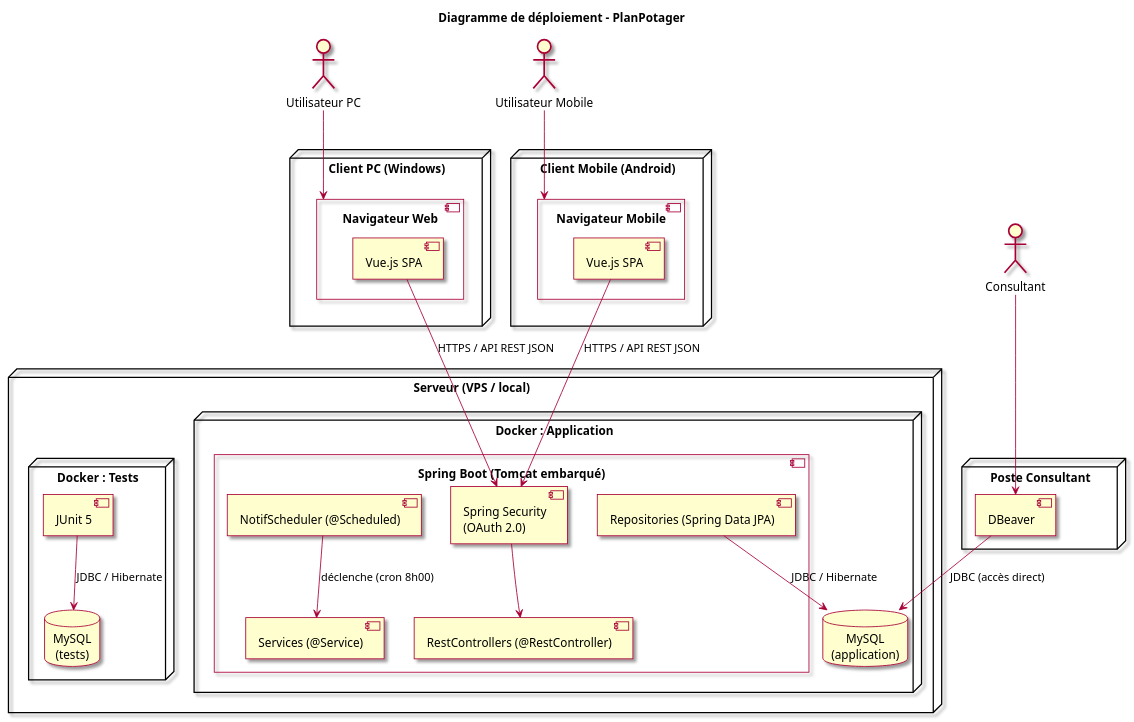
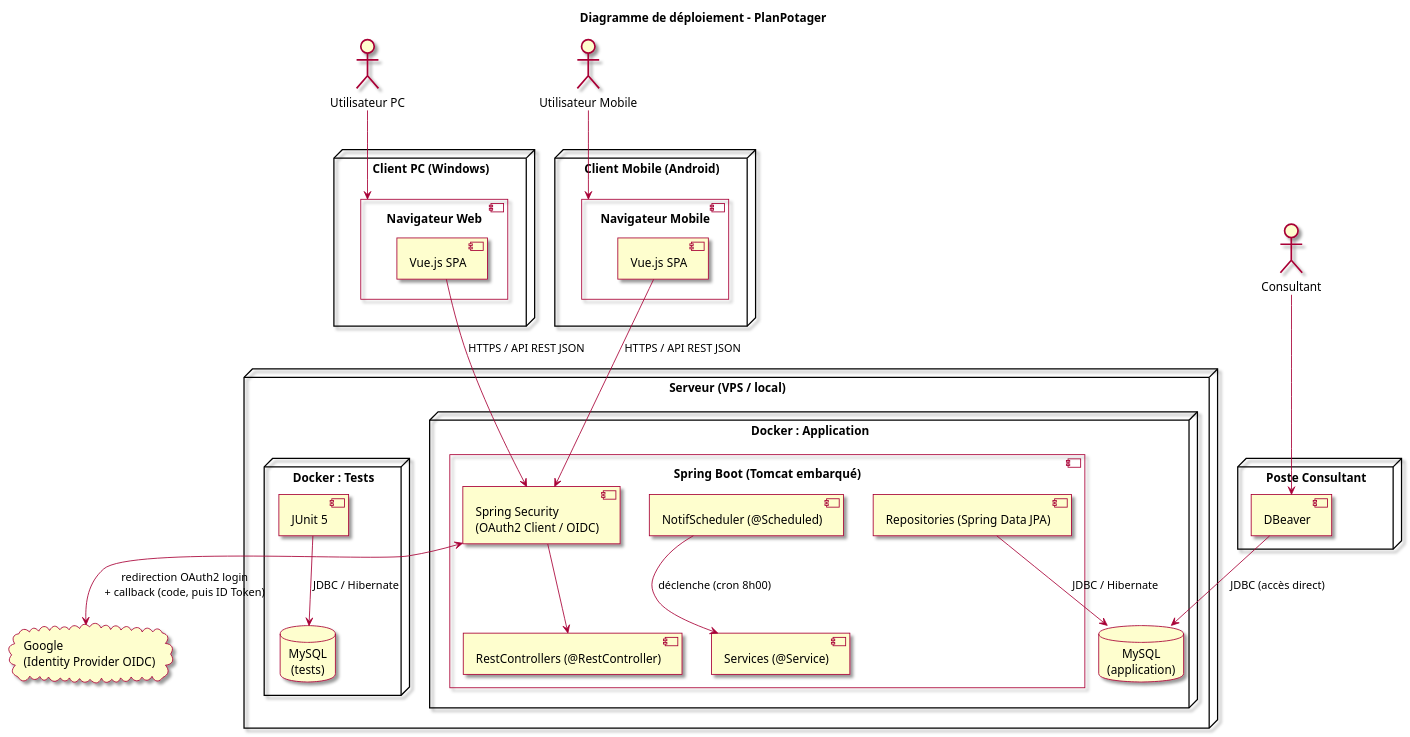
One commit to olivaux/planpotager changed the second of 50 diagrams in specs/03_Conception_V1.0.md. Above: the diagram before and after it, drawn with PlantUML. The commit also changed other lines of this file and 19 other files, not shown here.

```diff
--- a/specs/03_Conception_V1.0.md
+++ b/specs/03_Conception_V1.0.md
@@ -496,60 +498,63 @@
 ~~~plantuml
 @startuml
 title Diagramme de déploiement - PlanPotager
 skin rose
 
 actor "Utilisateur PC" as userPC
 actor "Utilisateur Mobile" as userMobile
 actor "Consultant" as consultant
+
+cloud "Google\n(Identity Provider OIDC)" as google
 
 node "Client PC (Windows)" {
   component "Navigateur Web" as browserPC {
     component "Vue.js SPA" as vuePC
   }
 }
 
 node "Client Mobile (Android)" {
   component "Navigateur Mobile" as browserMobile {
     component "Vue.js SPA" as vueMobile
   }
 }
 
 node "Poste Consultant" {
   component "DBeaver" as dbeaver
 }
 
 node "Serveur (VPS / local)" {
 
   node "Docker : Application" {
     component "Spring Boot (Tomcat embarqué)" as app {
-      component "Spring Security\n(OAuth 2.0)" as security
+      component "Spring Security\n(OAuth2 Client / OIDC)" as security
       component "RestControllers (@RestController)" as mvc
       component "Services (@Service)" as svc
       component "NotifScheduler (@Scheduled)" as scheduler
       component "Repositories (Spring Data JPA)" as jpa
     }
     database "MySQL\n(application)" as dbApp
   }
 
   node "Docker : Tests" {
     component "JUnit 5" as junit
     database "MySQL\n(tests)" as dbTest
   }
 
 }
 
 userPC --> browserPC
 userMobile --> browserMobile
 consultant --> dbeaver
 
 vuePC --> security : HTTPS / API REST JSON
 vueMobile --> security : HTTPS / API REST JSON
 security --> mvc
+security <--> google : redirection OAuth2 login\n+ callback (code, puis ID Token)
 jpa --> dbApp : JDBC / Hibernate
 junit --> dbTest : JDBC / Hibernate
 dbeaver --> dbApp : JDBC (accès direct)
 
 scheduler --> svc : déclenche (cron 8h00)
 
 @enduml
 ~~~
```
